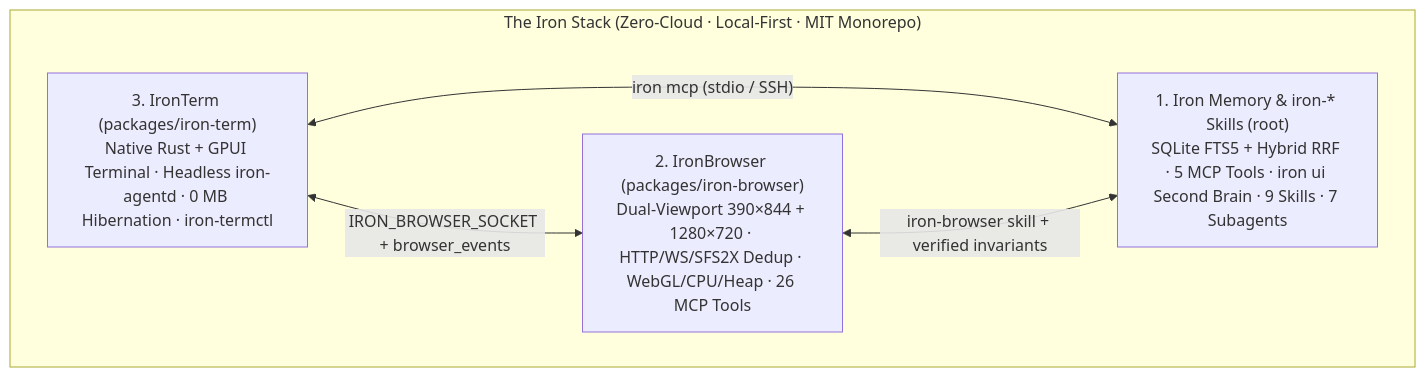
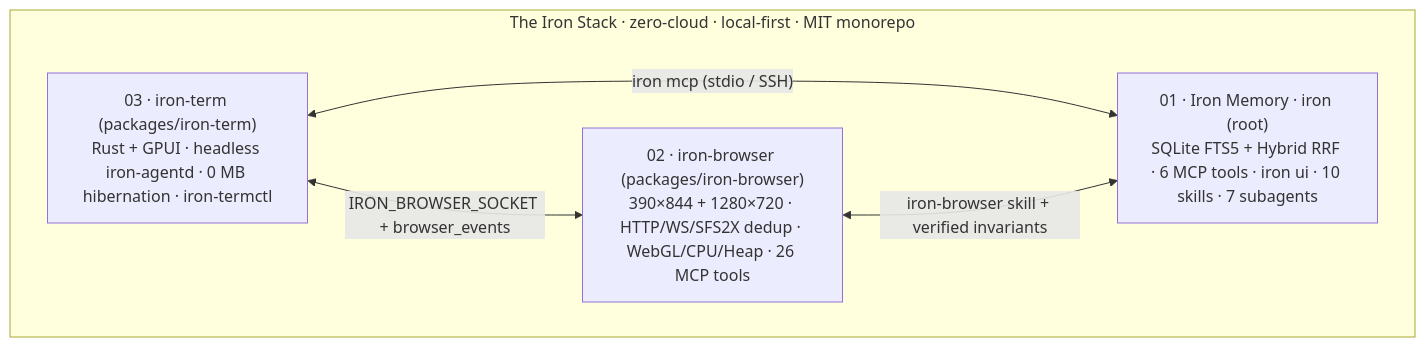
One commit to arielonoriaga/iron-suite changed the second of 2 diagrams in README.md. Above: the diagram before and after it, drawn with Mermaid. The commit also changed other lines of this file and 1 other file, not shown here.

Commit message:
docs: restyle README after the iron landing and add migrating-to-iron guide

````diff
--- a/README.md
+++ b/README.md
@@ -23,12 +64,12 @@
 ```mermaid
 flowchart TB
-  subgraph Stack["The Iron Stack (Zero-Cloud · Local-First · MIT Monorepo)"]
-    Memory["1. Iron Memory & iron-* Skills (root)\nSQLite FTS5 + Hybrid RRF · 5 MCP Tools · iron ui Second Brain · 9 Skills · 7 Subagents"]
-    Browser["2. IronBrowser (packages/iron-browser)\nDual-Viewport 390×844 + 1280×720 · HTTP/WS/SFS2X Dedup · WebGL/CPU/Heap · 26 MCP Tools"]
-    Term["3. IronTerm (packages/iron-term)\nNative Rust + GPUI Terminal · Headless iron-agentd · 0 MB Hibernation · iron-termctl"]
+  subgraph Stack["The Iron Stack · zero-cloud · local-first · MIT monorepo"]
+    Memory["01 · Iron Memory · iron (root)<br/>SQLite FTS5 + Hybrid RRF · 6 MCP tools · iron ui · 10 skills · 7 subagents"]
+    Browser["02 · iron-browser (packages/iron-browser)<br/>390×844 + 1280×720 · HTTP/WS/SFS2X dedup · WebGL/CPU/Heap · 26 MCP tools"]
+    Term["03 · iron-term (packages/iron-term)<br/>Rust + GPUI · headless iron-agentd · 0 MB hibernation · iron-termctl"]
   end
 
   Term <-->|"iron mcp (stdio / SSH)"| Memory
   Term <-->|"IRON_BROWSER_SOCKET + browser_events"| Browser
   Browser <-->|"iron-browser skill + verified invariants"| Memory
 ```
````
